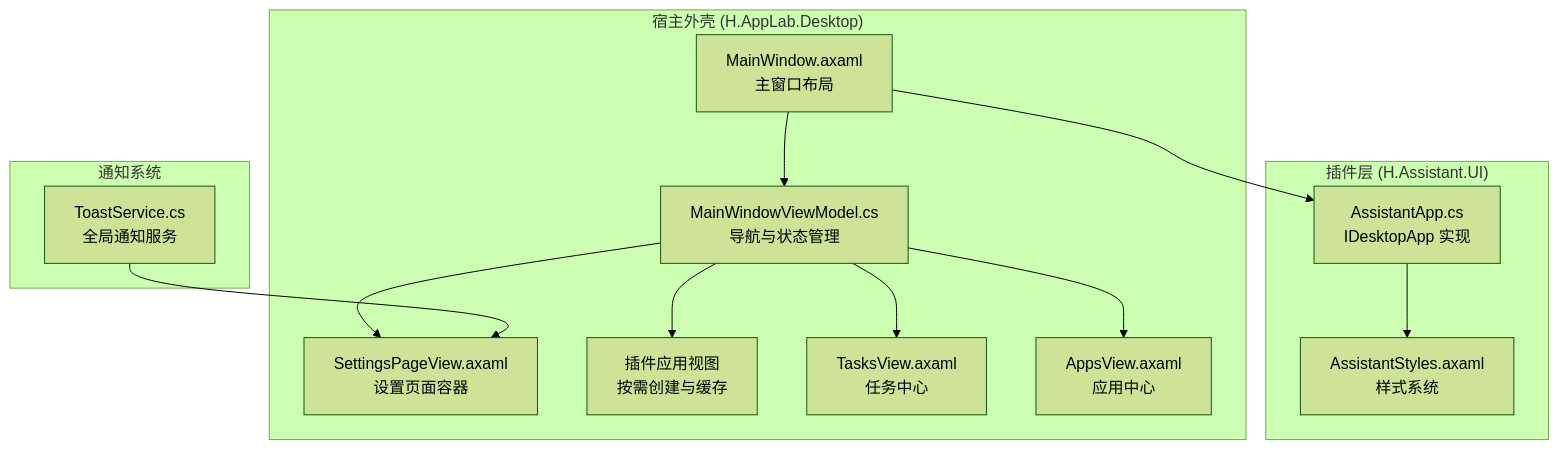
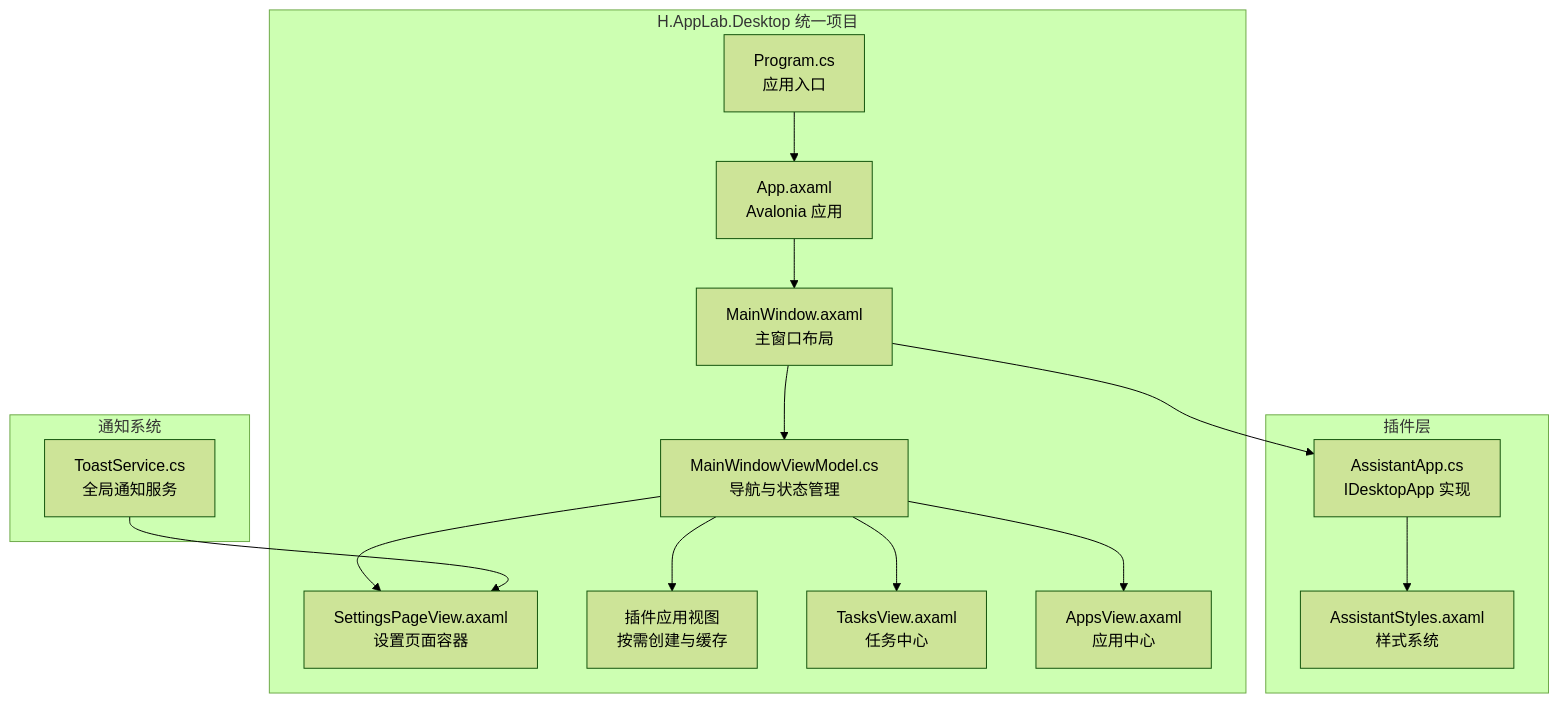
The first of 10 diagrams in .qoder/repowiki/zh/content/AI助手服务/桌面端应用/桌面端应用.md (openlowcodelab/lowcode), drawn with Mermaid (forest theme) before and after one commit. The commit also changed other lines of this file and 56 other files, not shown here.

````diff
--- a/.qoder/repowiki/zh/content/AI助手服务/桌面端应用/桌面端应用.md
+++ b/.qoder/repowiki/zh/content/AI助手服务/桌面端应用/桌面端应用.md
@@ -55,17 +57,19 @@
 ```mermaid
 graph TB
-subgraph "宿主外壳 (H.AppLab.Desktop)"
-MainWindow["MainWindow.axaml<br/>主窗口布局"] --> MainWindowVM["MainWindowViewModel.cs<br/>导航与状态管理"]
+subgraph "H.AppLab.Desktop 统一项目"
+Program["Program.cs<br/>应用入口"] --> App["App.axaml<br/>Avalonia 应用"]
+App --> MainWindow["MainWindow.axaml<br/>主窗口布局"]
+MainWindow --> MainWindowVM["MainWindowViewModel.cs<br/>导航与状态管理"]
 MainWindowVM --> SettingsPage["SettingsPageView.axaml<br/>设置页面容器"]
 MainWindowVM --> PluginApps["插件应用视图<br/>按需创建与缓存"]
 MainWindowVM --> TasksView["TasksView.axaml<br/>任务中心"]
 MainWindowVM --> AppsView["AppsView.axaml<br/>应用中心"]
 end
 subgraph "通知系统"
 ToastService["ToastService.cs<br/>全局通知服务"] --> SettingsPage
 end
-subgraph "插件层 (H.Assistant.UI)"
+subgraph "插件层"
 Plugin["AssistantApp.cs<br/>IDesktopApp 实现"] --> Styles["AssistantStyles.axaml<br/>样式系统"]
 end
 MainWindow --> Plugin
 ```
````
